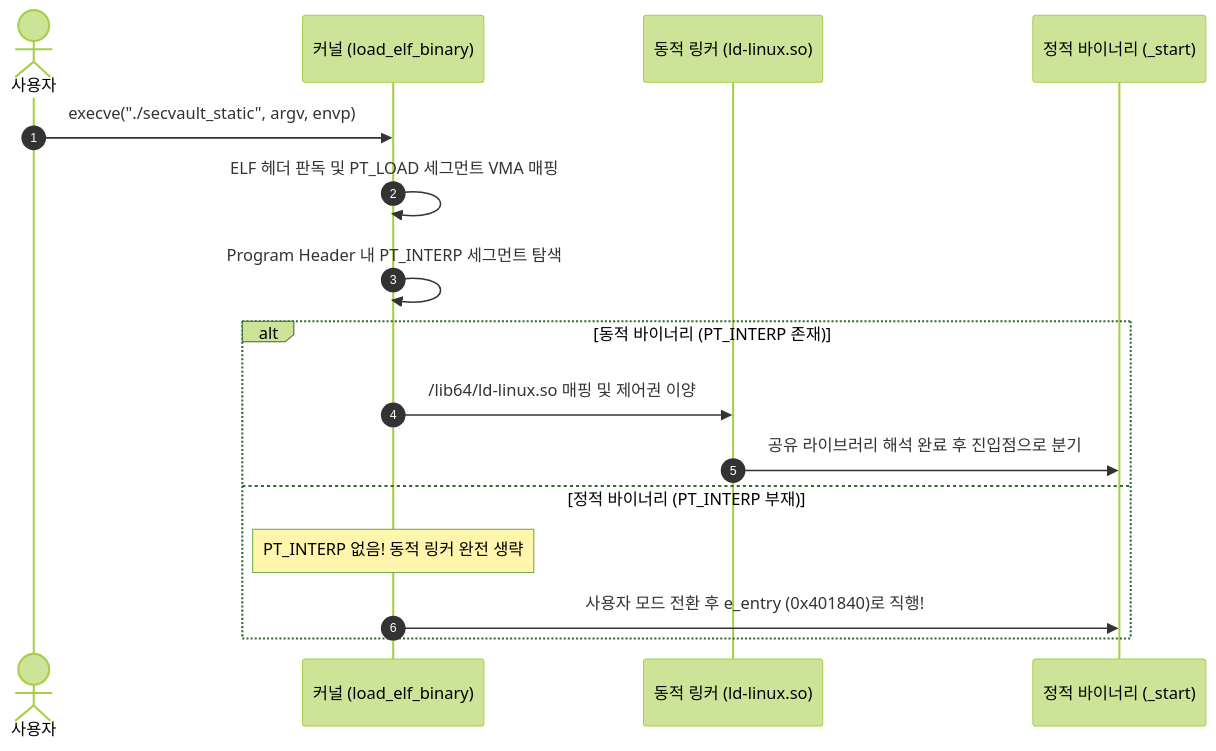
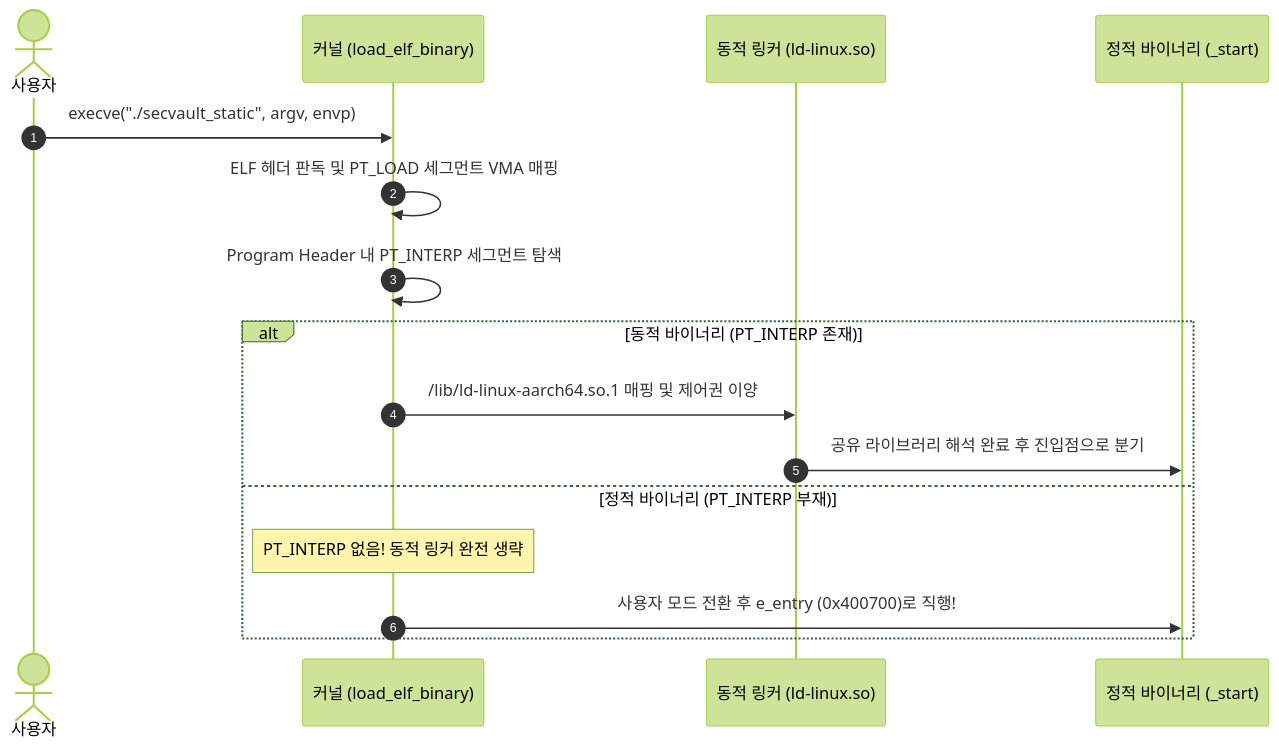
One commit to auking45/linux-kernel-hardening-lab changed the diagram in docs/ko/principles/08-static-linking-and-loading.md. Above: the diagram before and after it, drawn with Mermaid (forest theme). The commit also changed other lines of this file and 23 other files, not shown here.

First line of the commit message:
feat(principles): transition labs 06-09 and docs to AArch64 default dual architecture

````diff
--- a/docs/ko/principles/08-static-linking-and-loading.md
+++ b/docs/ko/principles/08-static-linking-and-loading.md
@@ -64,19 +64,19 @@
 ```mermaid
 sequenceDiagram
     autonumber
     actor User as 사용자
     participant Kernel as 커널 (load_elf_binary)
     participant Loader as 동적 링커 (ld-linux.so)
     participant Binary as 정적 바이너리 (_start)
 
     User->>Kernel: execve("./secvault_static", argv, envp)
     Kernel->>Kernel: ELF 헤더 판독 및 PT_LOAD 세그먼트 VMA 매핑
     Kernel->>Kernel: Program Header 내 PT_INTERP 세그먼트 탐색
     alt 동적 바이너리 (PT_INTERP 존재)
-        Kernel->>Loader: /lib64/ld-linux.so 매핑 및 제어권 이양
+        Kernel->>Loader: /lib/ld-linux-aarch64.so.1 매핑 및 제어권 이양
         Loader->>Binary: 공유 라이브러리 해석 완료 후 진입점으로 분기
     else 정적 바이너리 (PT_INTERP 부재)
         Note over Kernel: PT_INTERP 없음! 동적 링커 완전 생략
-        Kernel->>Binary: 사용자 모드 전환 후 e_entry (0x401840)로 직행!
+        Kernel->>Binary: 사용자 모드 전환 후 e_entry (0x400700)로 직행!
     end
 ```
````
